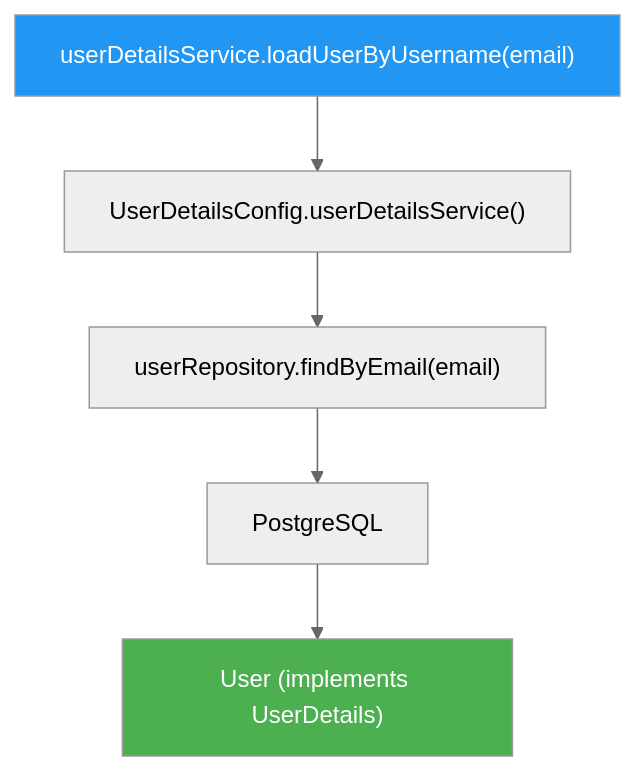
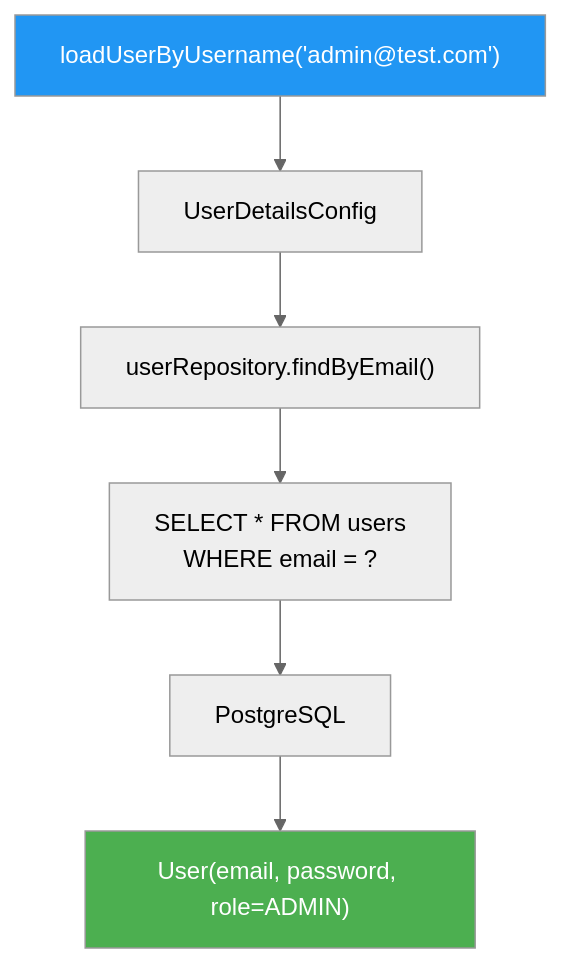
Diagram 12 of 20 in cours/25-exercice-jwtauthfilter.md (hrhouma1/inskillflow-docs-formation-spring-boot-projet-e-contact-backend), drawn with Mermaid (neutral theme) before and after one commit. The commit also changed other lines of this file, not shown here.

````diff
--- a/cours/25-exercice-jwtauthfilter.md
+++ b/cours/25-exercice-jwtauthfilter.md
@@ -418,11 +790,12 @@
 ```mermaid
 graph TB
-    A["userDetailsService.loadUserByUsername(email)"]
-    A --> B["UserDetailsConfig.userDetailsService()"]
-    B --> C["userRepository.findByEmail(email)"]
-    C --> D["PostgreSQL"]
-    D --> E["User (implements UserDetails)"]
+    A["loadUserByUsername('admin@test.com')"]
+    A --> B["UserDetailsConfig"]
+    B --> C["userRepository.findByEmail()"]
+    C --> D["SELECT * FROM users<br/>WHERE email = ?"]
+    D --> E["PostgreSQL"]
+    E --> F["User(email, password, role=ADMIN)"]
     
     style A fill:#2196F3,color:#fff
-    style E fill:#4CAF50,color:#fff
+    style F fill:#4CAF50,color:#fff
 ```
````
